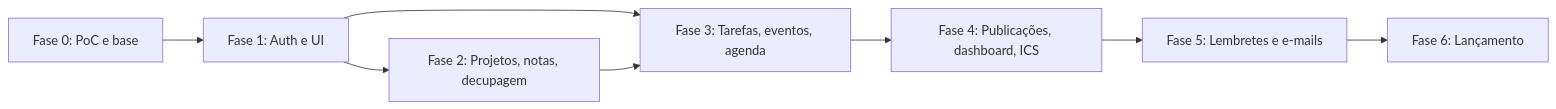
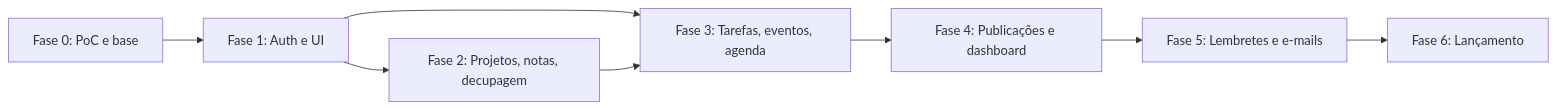
Before and after one commit to ViniciusBitencourt98/mai-backend: the diagram in docs/ROADMAP.md, drawn with Mermaid. The commit also changed other lines of this file and 12 other files, not shown here.

````diff
--- a/docs/ROADMAP.md
+++ b/docs/ROADMAP.md
@@ -19,10 +19,10 @@
 ```mermaid
 flowchart LR
  A[Fase 0: PoC e base] --> B[Fase 1: Auth e UI]
  B --> C[Fase 2: Projetos, notas, decupagem]
  B --> D[Fase 3: Tarefas, eventos, agenda]
  C --> D
- D --> E[Fase 4: Publicações, dashboard, ICS]
+ D --> E[Fase 4: Publicações e dashboard]
  E --> F[Fase 5: Lembretes e e-mails]
  F --> G[Fase 6: Lançamento]
 ```
````
